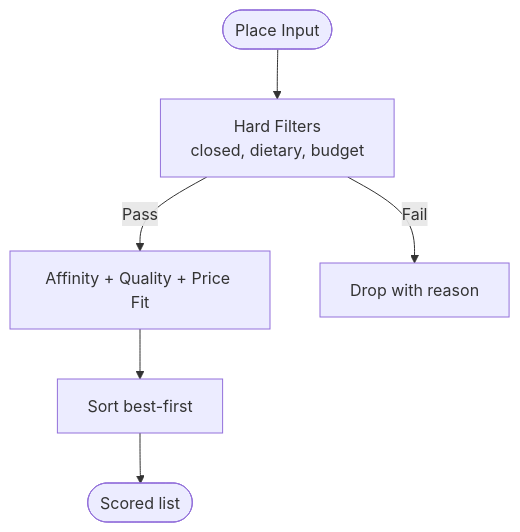
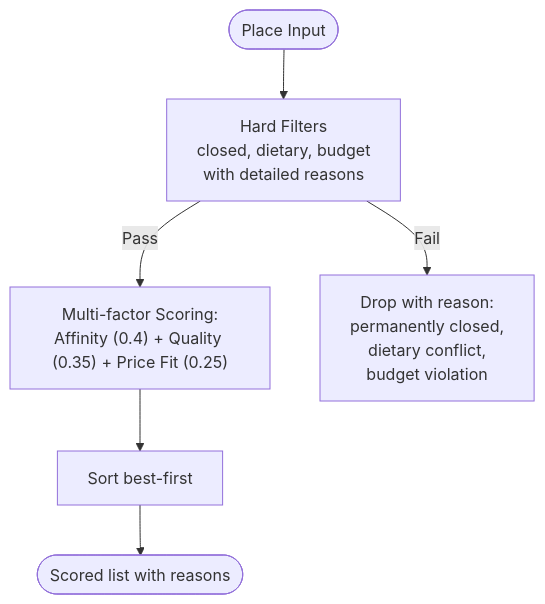
One commit to Meaetin/alibaba-hackathon changed the third of 9 diagrams in .qoder/repowiki/en/content/Core Features/Itinerary Planning/AI-Powered Route Optimization.md. Above: the diagram before and after it, drawn with Mermaid. The commit also changed other lines of this file and 211 other files, not shown here.

````diff
--- a/.qoder/repowiki/en/content/Core Features/Itinerary Planning/AI-Powered Route Optimization.md
+++ b/.qoder/repowiki/en/content/Core Features/Itinerary Planning/AI-Powered Route Optimization.md
@@ -144,8 +172,8 @@
 ```mermaid
 flowchart TD
-Start(["Place Input"]) --> Filters["Hard Filters<br/>closed, dietary, budget"]
-Filters --> |Pass| Score["Affinity + Quality + Price Fit"]
-Filters --> |Fail| Drop["Drop with reason"]
+Start(["Place Input"]) --> Filters["Hard Filters<br/>closed, dietary, budget<br/>with detailed reasons"]
+Filters --> |Pass| Score["Multi-factor Scoring:<br/>Affinity (0.4) + Quality (0.35) + Price Fit (0.25)"]
+Filters --> |Fail| Drop["Drop with reason:<br/>permanently closed,<br/>dietary conflict,<br/>budget violation"]
 Score --> Ranked["Sort best-first"]
-Ranked --> Output(["Scored list"])
+Ranked --> Output(["Scored list with reasons"])
 ```
````
